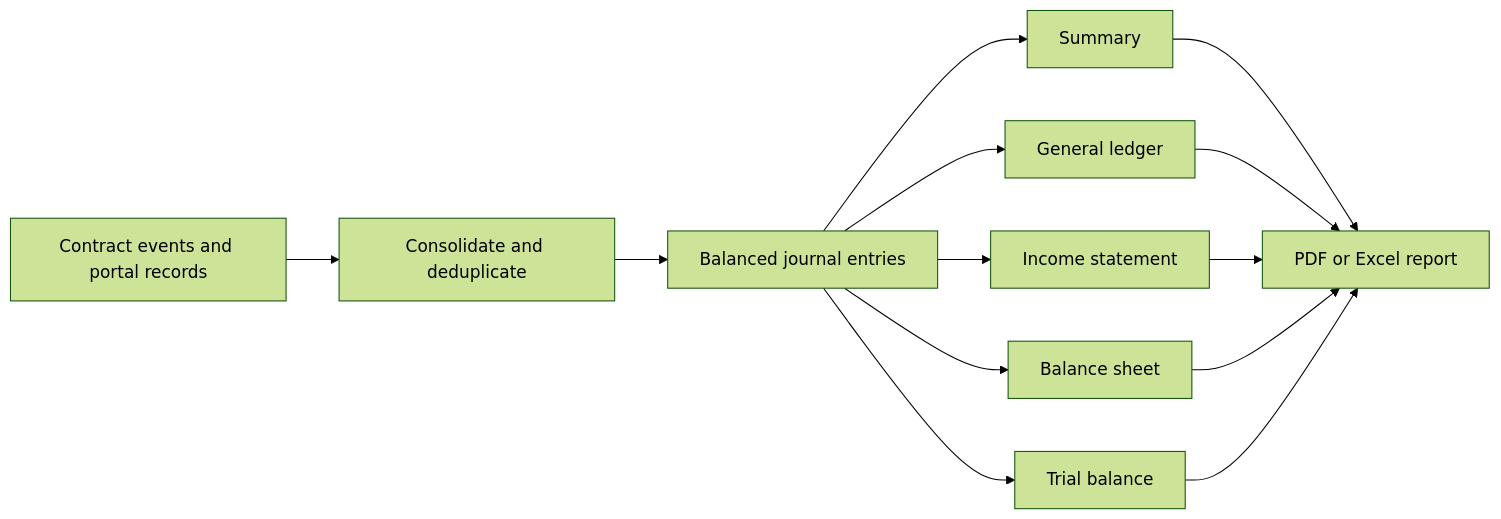
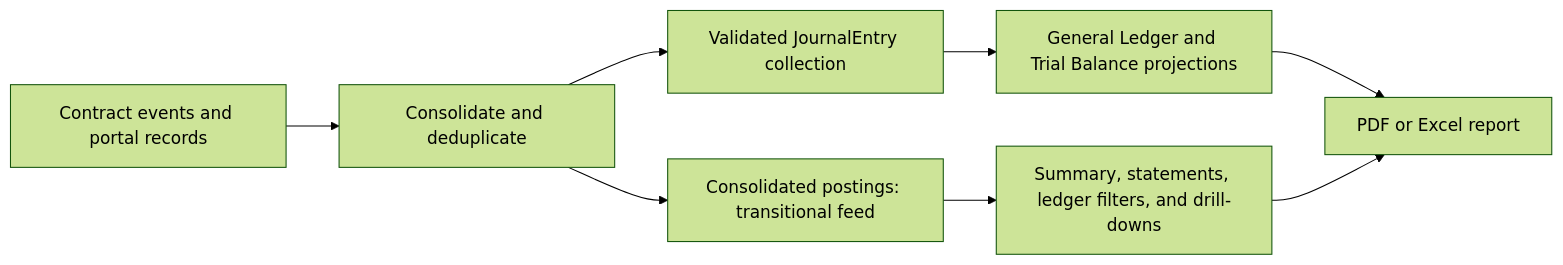
The diagram in docs/features/accounting/README.md (globe-and-citizen/cnc-portal), drawn with Mermaid (forest theme) before and after one commit. The commit also changed other lines of this file, not shown here.

Commit message:
docs: 📝 document journal assembly boundary

````diff
--- a/docs/features/accounting/README.md
+++ b/docs/features/accounting/README.md
@@ -41,15 +42,10 @@
 ```mermaid
 flowchart LR
     Sources[Contract events and portal records] --> Consolidate[Consolidate and deduplicate]
-    Consolidate --> Journal[Balanced journal entries]
-    Journal --> Summary[Summary]
-    Journal --> Ledger[General ledger]
-    Journal --> Income[Income statement]
-    Journal --> Balance[Balance sheet]
-    Journal --> Trial[Trial balance]
-    Summary --> Export[PDF or Excel report]
-    Ledger --> Export
-    Income --> Export
-    Balance --> Export
-    Trial --> Export
+    Consolidate --> Postings[Consolidated postings: transitional feed]
+    Consolidate --> Journal[Validated JournalEntry collection]
+    Journal --> Ledger[General Ledger and Trial Balance projections]
+    Postings --> Legacy[Summary, statements, ledger filters, and drill-downs]
+    Ledger --> Export[PDF or Excel report]
+    Legacy --> Export
 ```
````
